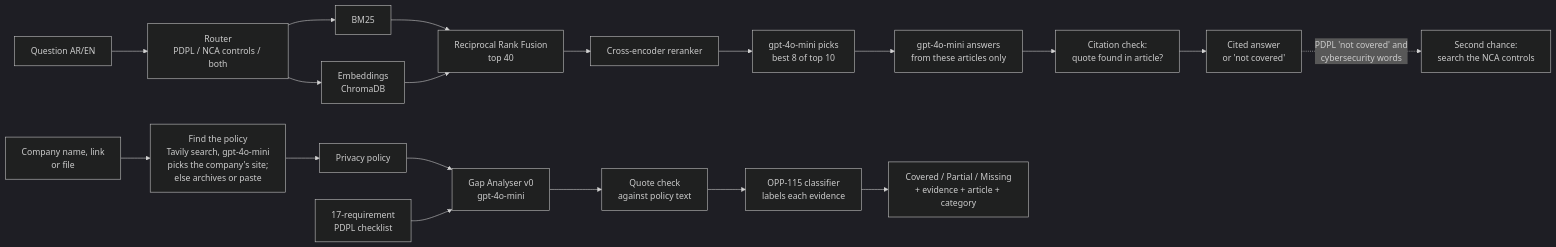
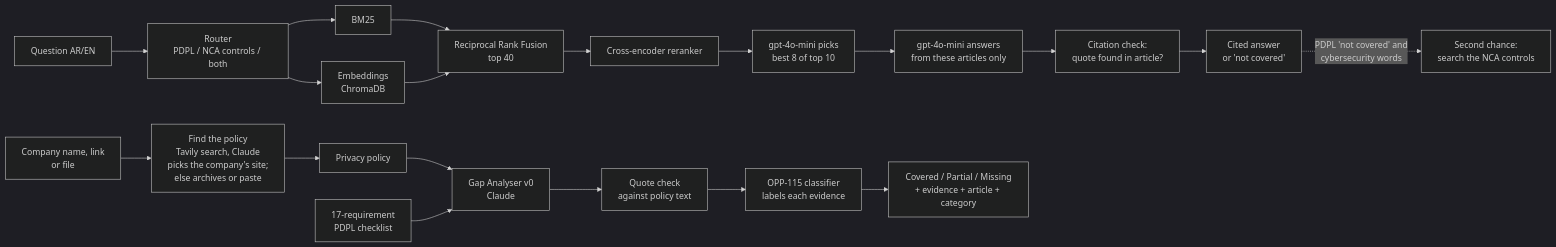
Before and after one commit to dralsarrani/PDPLComplianceCopilot: the diagram in README.md, drawn with Mermaid (dark theme). The commit also changed other lines of this file and 40 other files, not shown here.

Commit message:
Gap Analyser and site picker use Claude

````diff
--- a/README.md
+++ b/README.md
@@ -44,22 +44,22 @@
 ```mermaid
 flowchart LR
     Q[Question AR/EN] --> RT[Router<br/>PDPL / NCA controls / both]
     RT --> B[BM25]
     RT --> E[Embeddings<br/>ChromaDB]
     B --> F[Reciprocal Rank Fusion<br/>top 40]
     E --> F
     F --> R[Cross-encoder reranker]
     R --> L[gpt-4o-mini picks<br/>best 8 of top 10]
     L --> A[gpt-4o-mini answers<br/>from these articles only]
     A --> C[Citation check:<br/>quote found in article?]
     C --> OUT[Cited answer<br/>or 'not covered']
     OUT -. PDPL 'not covered' and<br/>cybersecurity words .-> SC[Second chance:<br/>search the NCA controls]
 
-    N[Company name, link<br/>or file] --> FP[Find the policy<br/>Tavily search, gpt-4o-mini<br/>picks the company's site;<br/>else archives or paste]
+    N[Company name, link<br/>or file] --> FP[Find the policy<br/>Tavily search, Claude<br/>picks the company's site;<br/>else archives or paste]
     FP --> P[Privacy policy]
-    P --> G[Gap Analyser v0<br/>gpt-4o-mini]
+    P --> G[Gap Analyser v0<br/>Claude]
     K[17-requirement<br/>PDPL checklist] --> G
     G --> V[Quote check<br/>against policy text]
     V --> CL[OPP-115 classifier<br/>labels each evidence]
     CL --> REP[Covered / Partial / Missing<br/>+ evidence + article + category]
 ```
````
